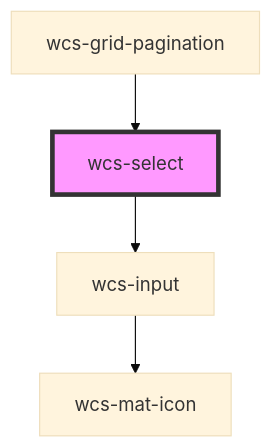
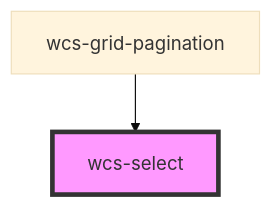
One commit to SNCFdevelopers/wcs changed the diagram in src/components/select/readme.md. Above: the diagram before and after it, drawn with Mermaid (base theme). The commit also changed other lines of this file and 9 other files, not shown here.

````diff
--- a/src/components/select/readme.md
+++ b/src/components/select/readme.md
@@ -89,7 +85,5 @@
 ```mermaid
 graph TD;
-  wcs-select --> wcs-input
-  wcs-input --> wcs-mat-icon
   wcs-grid-pagination --> wcs-select
   style wcs-select fill:#f9f,stroke:#333,stroke-width:4px
 ```
````
